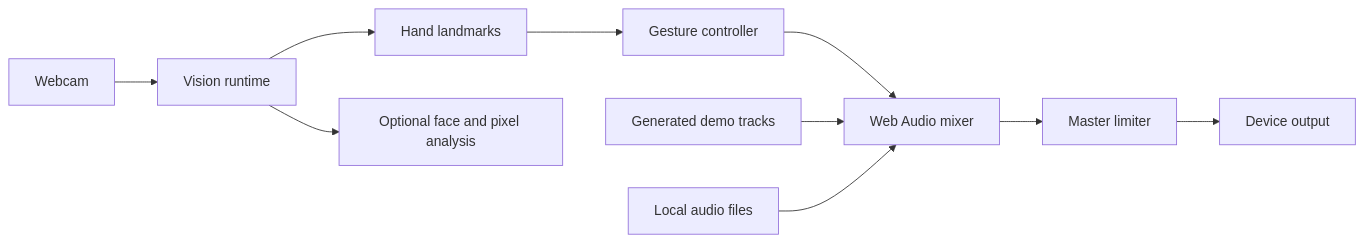
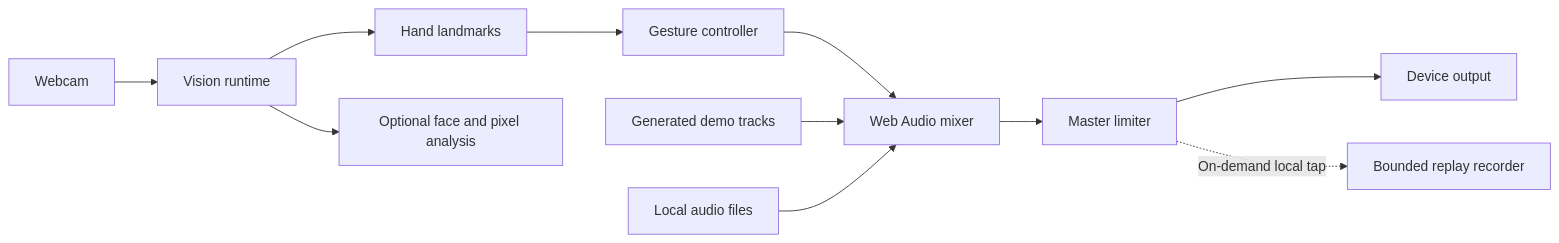
One commit to kaantaskentt/conductor-vision changed the diagram in docs/ARCHITECTURE.md. Above: the diagram before and after it, drawn with Mermaid. The commit also changed other lines of this file and 8 other files, not shown here.

````diff
--- a/docs/ARCHITECTURE.md
+++ b/docs/ARCHITECTURE.md
@@ -7,12 +7,13 @@
 ```mermaid
 flowchart LR
   Camera[Webcam] --> Runtime[Vision runtime]
   Runtime --> Hand[Hand landmarks]
   Runtime --> Face[Optional face and pixel analysis]
   Hand --> Gesture[Gesture controller]
   Gesture --> Mixer[Web Audio mixer]
   Demo[Generated demo tracks] --> Mixer
   Files[Local audio files] --> Mixer
   Mixer --> Master[Master limiter]
   Master --> Output[Device output]
+  Master -. On-demand local tap .-> Replay[Bounded replay recorder]
 ```
````
